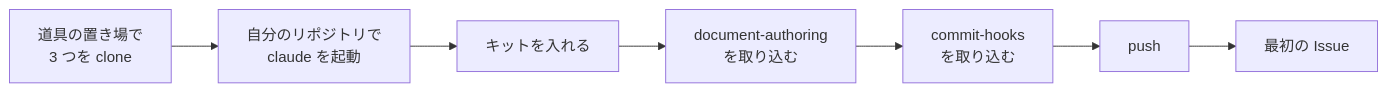
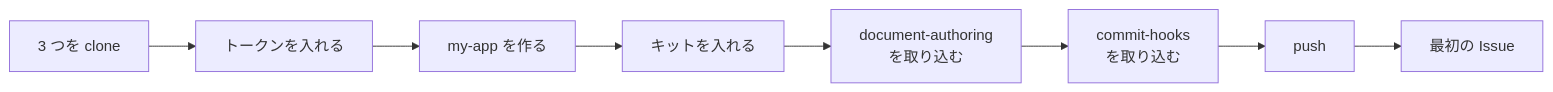
The second of 2 diagrams in README.md (kaedeasset/issue-driven-kit), drawn with Mermaid before and after one commit. The commit also changed other lines of this file, not shown here.

````diff
--- a/README.md
+++ b/README.md
@@ -93,5 +91,5 @@
 ```mermaid
 flowchart LR
-  A["道具の置き場で<br/>3 つを clone"] --> B["自分のリポジトリで<br/>claude を起動"]
-  B --> C["キットを入れる"] --> D["document-authoring<br/>を取り込む"] --> E["commit-hooks<br/>を取り込む"] --> F["push"] --> G["最初の Issue"]
+  A["3 つを clone"] --> B["トークンを入れる"] --> C["my-app を作る"]
+  C --> D["キットを入れる"] --> E["document-authoring<br/>を取り込む"] --> F["commit-hooks<br/>を取り込む"] --> G["push"] --> H["最初の Issue"]
 ```
````
